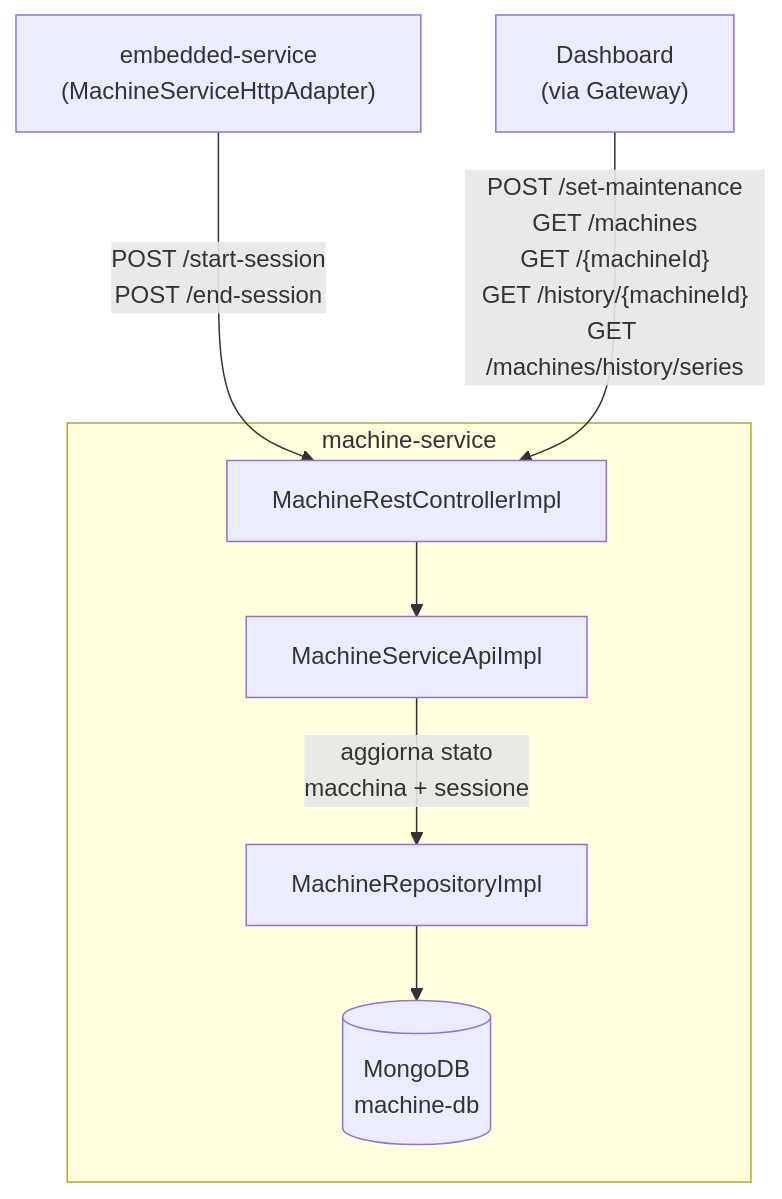
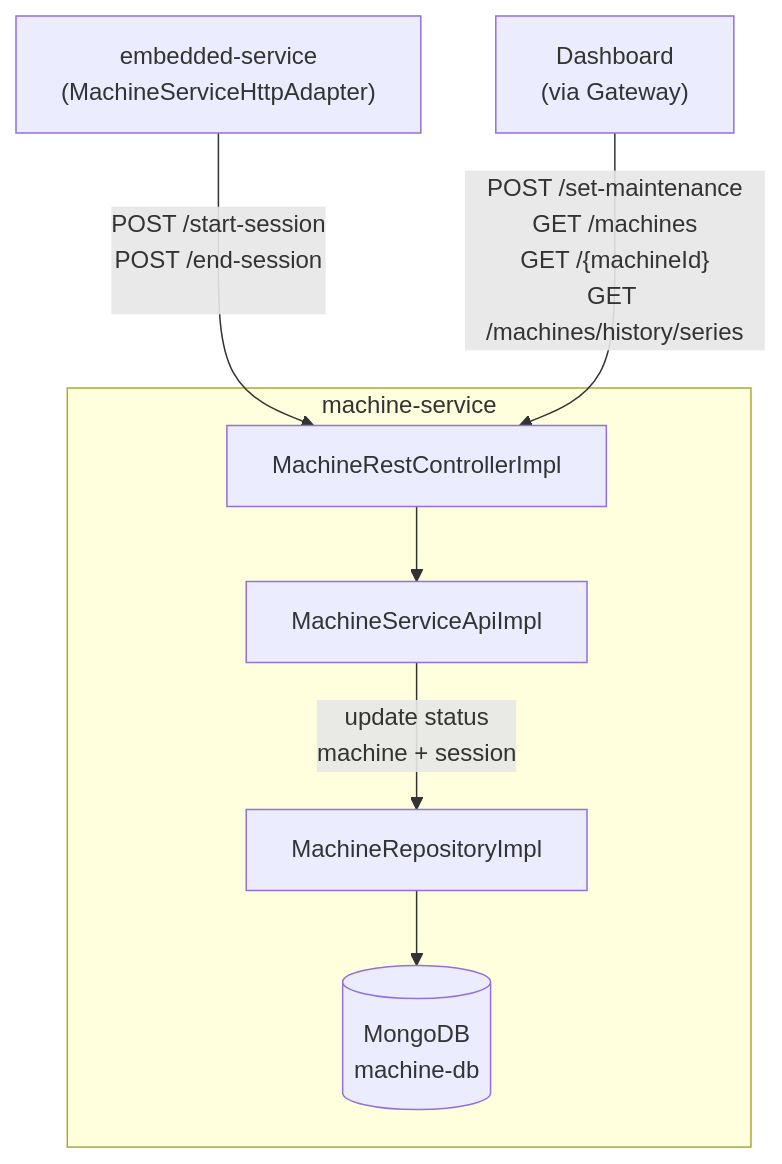
Before and after one commit to piertv21/SmartGym-Monitor: the seventh of 10 diagrams in docs/report/Implementation.md, drawn with Mermaid. The commit also changed other lines of this file, not shown here.

Commit message:
docs: refactor docs schema

````diff
--- a/docs/report/Implementation.md
+++ b/docs/report/Implementation.md
@@ -206,15 +227,15 @@
 ```mermaid
 flowchart TD
     EMB["embedded-service\n(MachineServiceHttpAdapter)"]
     DASH["Dashboard\n(via Gateway)"]
 
     subgraph machine-service
         CTRL["MachineRestControllerImpl"]
         CTRL --> API["MachineServiceApiImpl"]
-        API -->|"aggiorna stato\nmacchina + sessione"| REPO["MachineRepositoryImpl"]
+        API -->|"update status\nmachine + session"| REPO["MachineRepositoryImpl"]
         REPO --> DB[(MongoDB\nmachine-db)]
     end
 
-    EMB -->|"POST /start-session\nPOST /end-session"| CTRL
-    DASH -->|"POST /set-maintenance\nGET /machines\nGET /{machineId}\nGET /history/{machineId}\nGET /machines/history/series"| CTRL
+    EMB -->|"POST /start-session\nPOST /end-session\n\n"| CTRL
+    DASH -->|"POST /set-maintenance\nGET /machines\nGET /{machineId}\nGET /machines/history/series"| CTRL
 ```
````
